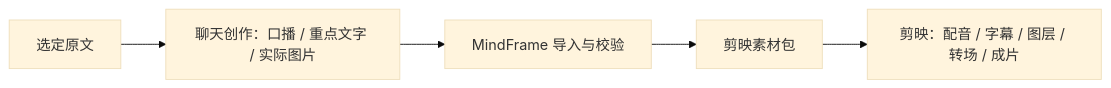
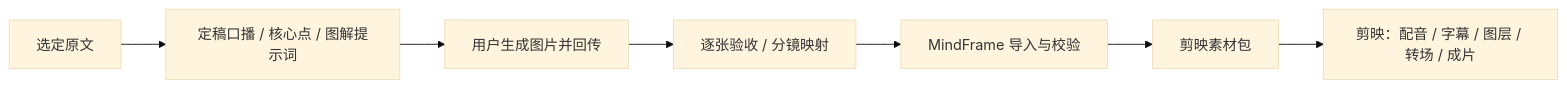
One commit to XiaoWeiKIN/MindFrame changed the diagram in README.md. Above: the diagram before and after it, drawn with Mermaid (base theme). The commit also changed other lines of this file and 10 other files, not shown here.

Commit message:
Make diagram prompt handoff the default authoring workflow

````diff
--- a/README.md
+++ b/README.md
@@ -8,7 +9,9 @@
 ```mermaid
 flowchart LR
-    A[选定原文] --> B[聊天创作：口播 / 重点文字 / 实际图片]
-    B --> C[MindFrame 导入与校验]
+    A[选定原文] --> B[定稿口播 / 核心点 / 图解提示词]
+    B --> U[用户生成图片并回传]
+    U --> R[逐张验收 / 分镜映射]
+    R --> C[MindFrame 导入与校验]
     C --> D[剪映素材包]
     D --> E[剪映：配音 / 字幕 / 图层 / 转场 / 成片]
 ```
````
